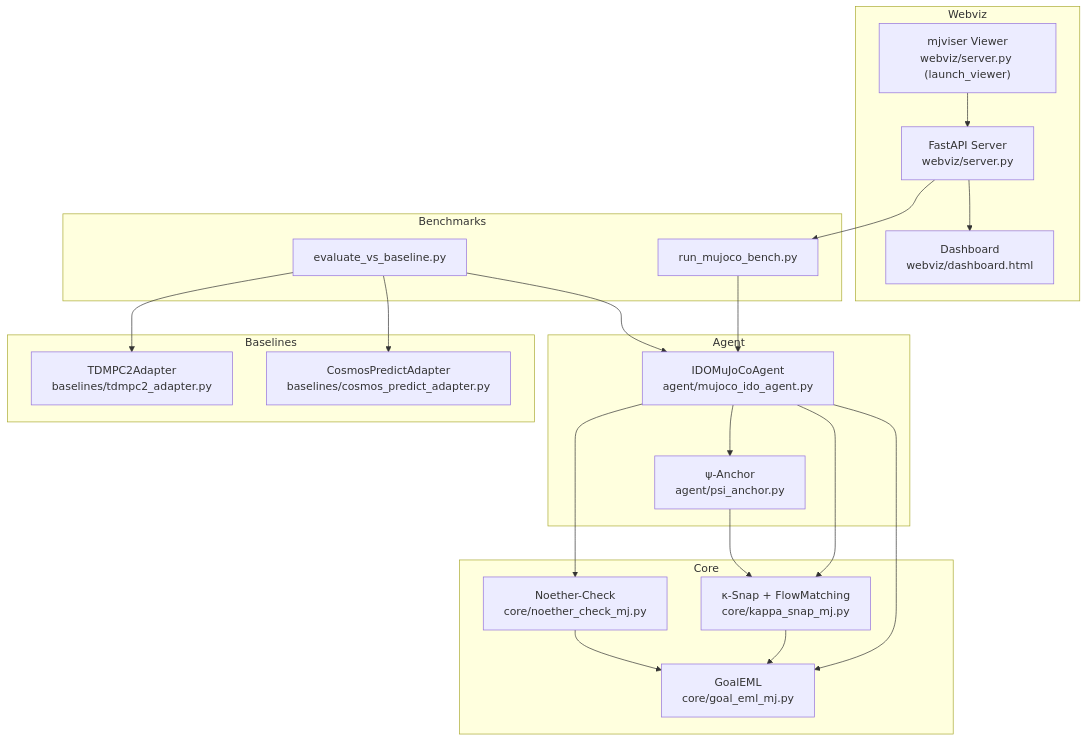
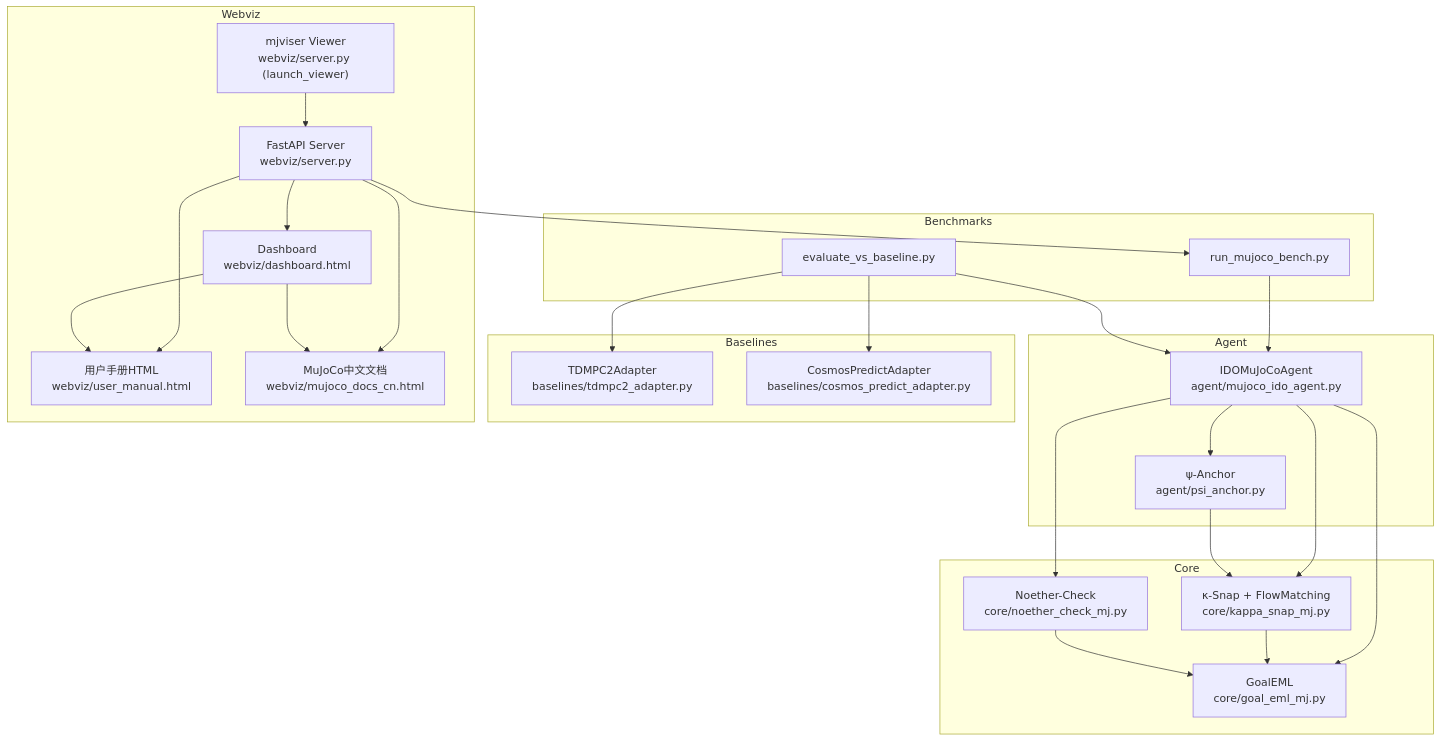
The fifth of 5 diagrams in docs/ARCHITECTURE.md (lisoleg/MuJoCo-Bench-IDO), drawn with Mermaid before and after one commit. The commit also changed other lines of this file and 6 other files, not shown here.

First line of the commit message:
v0.3.1: User manual HTML + MuJoCo Chinese docs + dashboard nav links + doc updates

````diff
--- a/docs/ARCHITECTURE.md
+++ b/docs/ARCHITECTURE.md
@@ -500,46 +502,52 @@
 ```mermaid
 graph TB
     subgraph Core
         GoalEML["GoalEML<br/>core/goal_eml_mj.py"]
         KappaSnap["κ-Snap + FlowMatching<br/>core/kappa_snap_mj.py"]
         Noether["Noether-Check<br/>core/noether_check_mj.py"]
     end
     
     subgraph Agent
         IDOAgent["IDOMuJoCoAgent<br/>agent/mujoco_ido_agent.py"]
         PsiAnchor["ψ-Anchor<br/>agent/psi_anchor.py"]
     end
     
     subgraph Baselines
         TDMPC2["TDMPC2Adapter<br/>baselines/tdmpc2_adapter.py"]
         Cosmos["CosmosPredictAdapter<br/>baselines/cosmos_predict_adapter.py"]
     end
     
     subgraph Webviz
         FastAPI["FastAPI Server<br/>webviz/server.py"]
         Dashboard["Dashboard<br/>webviz/dashboard.html"]
         Mjviser["mjviser Viewer<br/>webviz/server.py (launch_viewer)"]
+        UserManual["用户手册HTML<br/>webviz/user_manual.html"]
+        MuJoCoDocs["MuJoCo中文文档<br/>webviz/mujoco_docs_cn.html"]
     end
     
     subgraph Benchmarks
         RunBench["run_mujoco_bench.py"]
         EvalVS["evaluate_vs_baseline.py"]
     end
     
     IDOAgent --> GoalEML
     IDOAgent --> KappaSnap
     IDOAgent --> Noether
     IDOAgent --> PsiAnchor
     PsiAnchor --> KappaSnap
     KappaSnap --> GoalEML
     Noether --> GoalEML
     
     RunBench --> IDOAgent
     EvalVS --> IDOAgent
     EvalVS --> TDMPC2
     EvalVS --> Cosmos
     
     FastAPI --> Dashboard
     FastAPI --> RunBench
+    FastAPI --> UserManual
+    FastAPI --> MuJoCoDocs
+    Dashboard --> UserManual
+    Dashboard --> MuJoCoDocs
     Mjviser --> FastAPI
 ```
````
